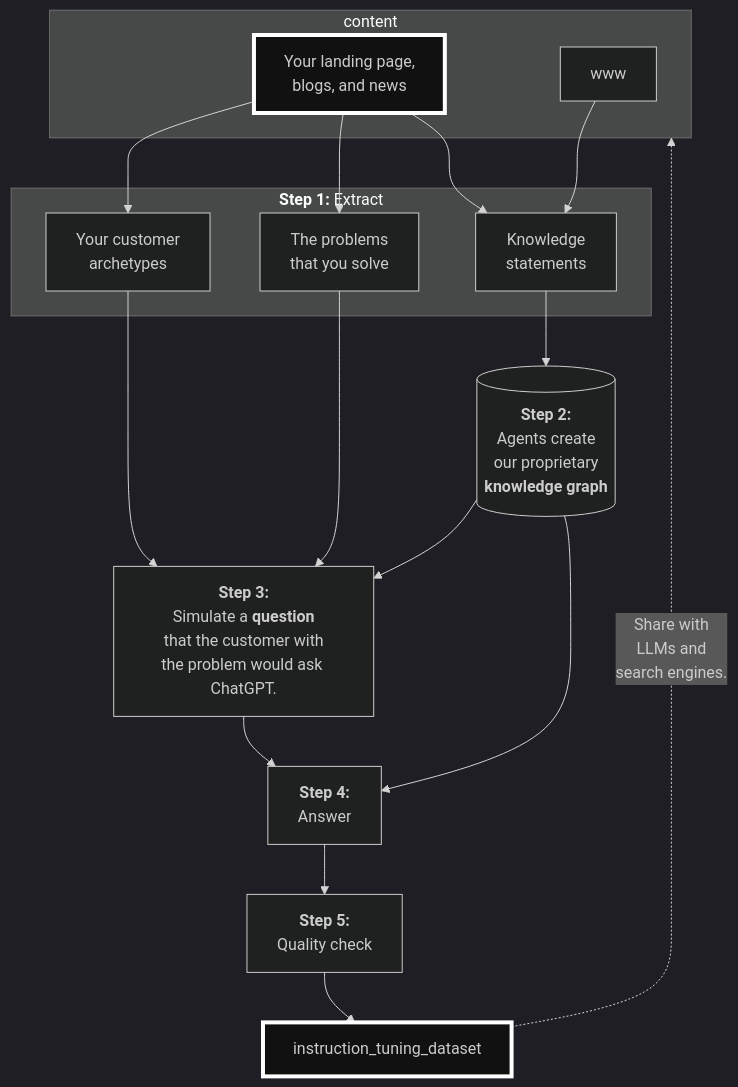
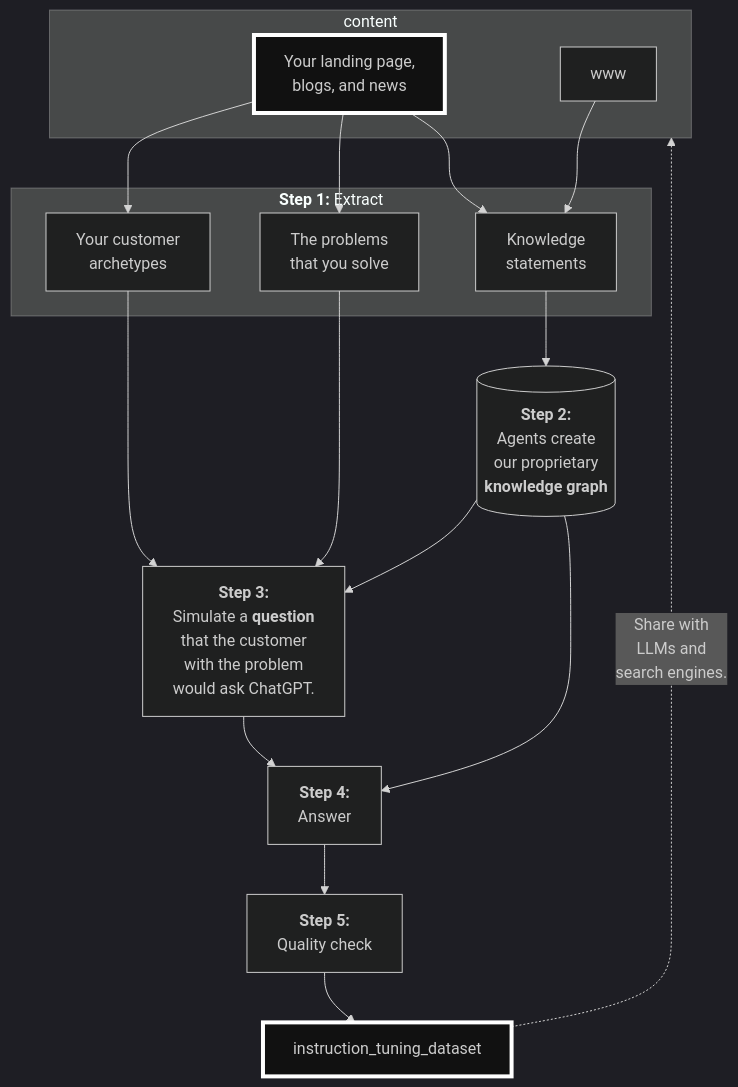
The diagram in diagrams/how_genit_works.mmd (kirilligum/prls.co), drawn with Mermaid before and after one commit.

Commit message:
style: Fix spacing and improve sentence structure in diagrams file

```diff
--- a/diagrams/how_genit_works.mmd
+++ b/diagrams/how_genit_works.mmd
@@ -1,35 +1,35 @@
 %%{init: {'theme':'dark', 'themeVariables': {'background': '#212121'}}}%%
 graph TD
 
 subgraph content
 ai_landing_page["Your landing page,<br/>blogs, and news"]
 www
 end
 
 subgraph extract["<b>Step 1:</b> Extract"]
 customer_archetypes["Your customer<br/>archetypes"]
 problems["The problems<br/>that you solve"]
 knowledge["Knowledge<br/>statements"]
 end
 
-simulated_user_question["<b>Step 3:</b><br/>Simulate a <b>question</b><br/>that the customer with<br/>the problem would ask ChatGPT."]
+simulated_user_question["<b>Step 3:</b><br/>Simulate a <b>question</b><br/>that the customer<br/>with the problem<br/>would ask ChatGPT."]
 answer["<b>Step 4:</b><br/>Answer"]
 quality_check["<b>Step 5:</b><br/>Quality check"]
 
 ai_landing_page --> customer_archetypes
 ai_landing_page --> problems
 ai_landing_page --> knowledge
-knowledge -->knowledge_graph[("<b>Step 2:</b><br/>Agents create<br/>our proprietary<br/><b>knowledge graph</b>")]
+knowledge --> knowledge_graph[("<b>Step 2:</b><br/>Agents create<br/>our proprietary<br/><b>knowledge graph</b>")]
 www --> knowledge
 customer_archetypes --> simulated_user_question
 problems --> simulated_user_question
 knowledge_graph --> simulated_user_question
 simulated_user_question --> answer
 knowledge_graph --> answer
 answer --> quality_check
 quality_check --> instruction_tuning_dataset
 instruction_tuning_dataset -.-> |"Share with<br/>LLMs and <br/>search engines."| content
 
 
 style ai_landing_page stroke:#ffffff,stroke-width:4px,fill:#111111
 style instruction_tuning_dataset stroke:#ffffff,stroke-width:4px,fill:#111111
```
